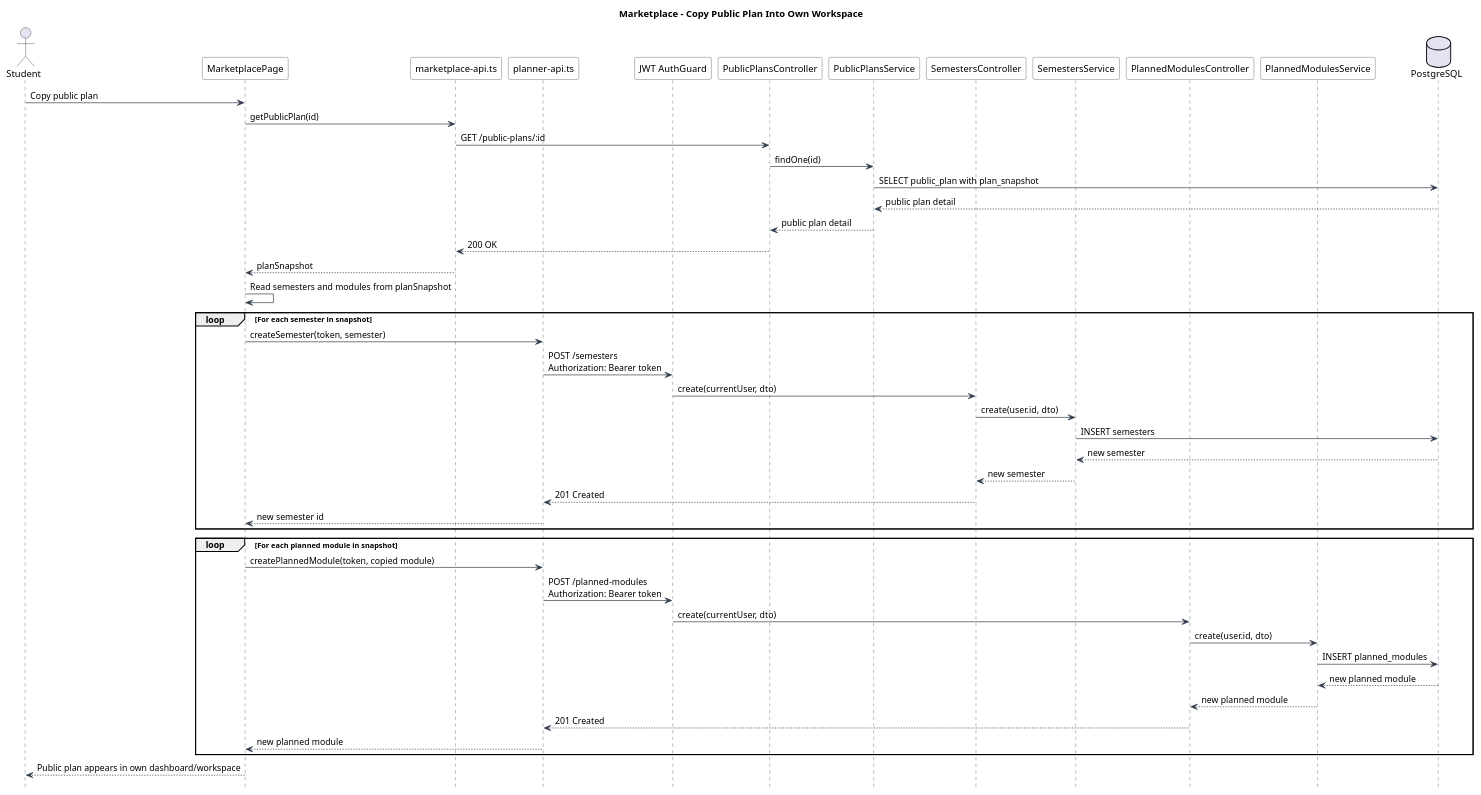
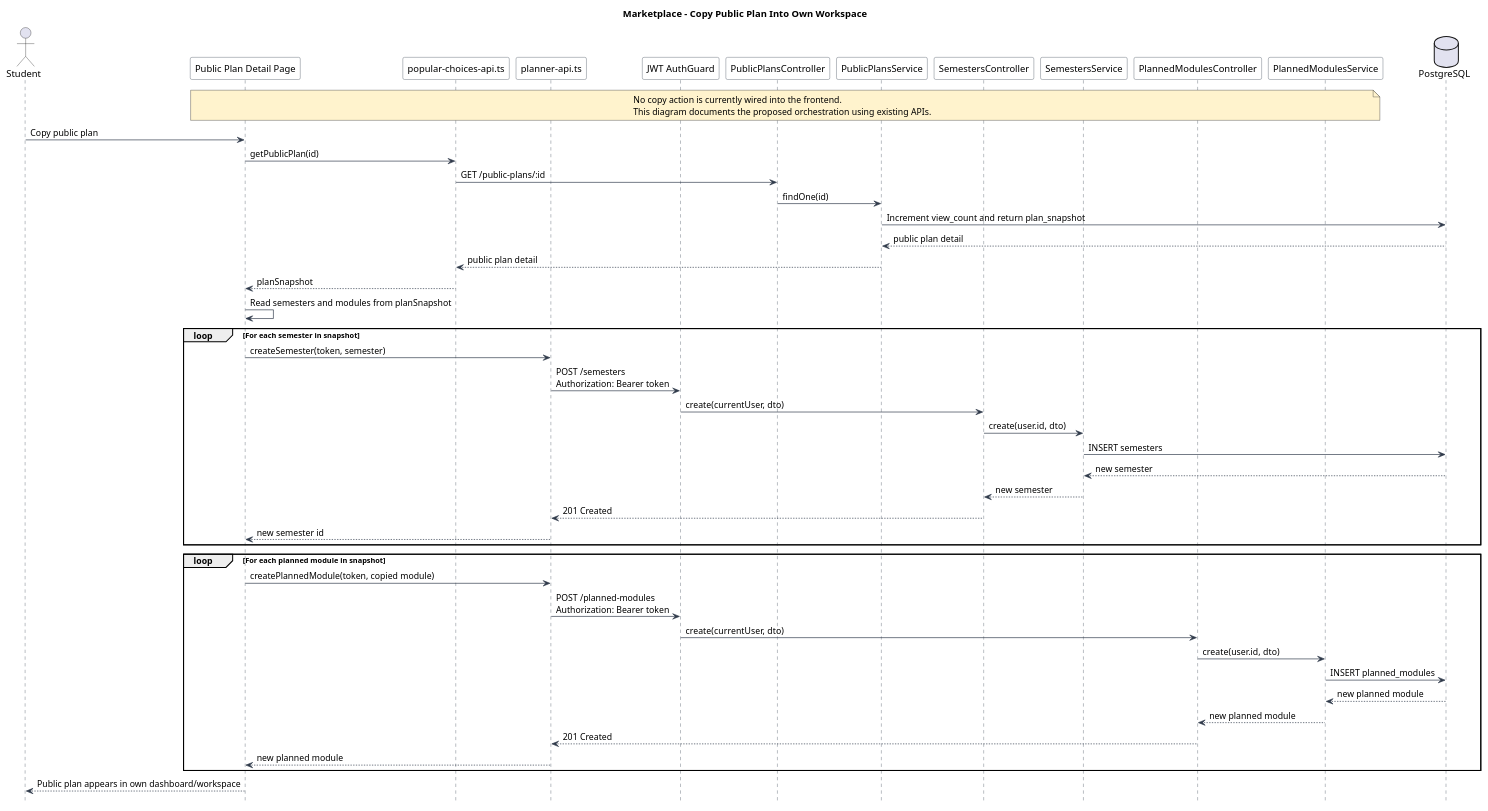
One commit to Shum-ster/nusmodumind changed the diagram in diagrams/sequences/19_marketplace_copy_public_plan_into_workspace.wsd. Above: the diagram before and after it, drawn with PlantUML. The commit also changed 11 other files, not shown here.

Commit message:
Updated sequence diagrams and erd

```diff
--- a/diagrams/sequences/19_marketplace_copy_public_plan_into_workspace.wsd
+++ b/diagrams/sequences/19_marketplace_copy_public_plan_into_workspace.wsd
@@ -1,65 +1,69 @@
 @startuml Marketplace_Copy_Public_Plan_Into_Workspace_Sequence
 
 title Marketplace - Copy Public Plan Into Own Workspace
 
 hide footbox
 skinparam shadowing false
 skinparam sequence {
     ArrowColor #2F3A4A
     LifeLineBorderColor #2F3A4A
     ParticipantBorderColor #2F3A4A
     ParticipantBackgroundColor #FFFFFF
 }
 
 actor Student
-participant "MarketplacePage" as MarketplacePage
-participant "marketplace-api.ts" as MarketplaceApi
+participant "Public Plan Detail Page" as PlanDetailPage
+participant "popular-choices-api.ts" as PopularChoicesApi
 participant "planner-api.ts" as PlannerApi
 participant "JWT AuthGuard" as JwtGuard
 participant "PublicPlansController" as PublicPlansController
 participant "PublicPlansService" as PublicPlansService
 participant "SemestersController" as SemestersController
 participant "SemestersService" as SemestersService
 participant "PlannedModulesController" as PlannedModulesController
 participant "PlannedModulesService" as PlannedModulesService
 database "PostgreSQL" as DB
 
-Student -> MarketplacePage : Copy public plan
-MarketplacePage -> MarketplaceApi : getPublicPlan(id)
-MarketplaceApi -> PublicPlansController : GET /public-plans/:id
+note over PlanDetailPage, PlannedModulesService #FFF3CD
+No copy action is currently wired into the frontend.
+This diagram documents the proposed orchestration using existing APIs.
+end note
+
+Student -> PlanDetailPage : Copy public plan
+PlanDetailPage -> PopularChoicesApi : getPublicPlan(id)
+PopularChoicesApi -> PublicPlansController : GET /public-plans/:id
 PublicPlansController -> PublicPlansService : findOne(id)
-PublicPlansService -> DB : SELECT public_plan with plan_snapshot
+PublicPlansService -> DB : Increment view_count and return plan_snapshot
 DB --> PublicPlansService : public plan detail
-PublicPlansService --> PublicPlansController : public plan detail
-PublicPlansController --> MarketplaceApi : 200 OK
-MarketplaceApi --> MarketplacePage : planSnapshot
+PublicPlansService --> PopularChoicesApi : public plan detail
+PopularChoicesApi --> PlanDetailPage : planSnapshot
 
-MarketplacePage -> MarketplacePage : Read semesters and modules from planSnapshot
+PlanDetailPage -> PlanDetailPage : Read semesters and modules from planSnapshot
 
 loop For each semester in snapshot
-    MarketplacePage -> PlannerApi : createSemester(token, semester)
+    PlanDetailPage -> PlannerApi : createSemester(token, semester)
     PlannerApi -> JwtGuard : POST /semesters\nAuthorization: Bearer token
     JwtGuard -> SemestersController : create(currentUser, dto)
     SemestersController -> SemestersService : create(user.id, dto)
     SemestersService -> DB : INSERT semesters
     DB --> SemestersService : new semester
     SemestersService --> SemestersController : new semester
     SemestersController --> PlannerApi : 201 Created
-    PlannerApi --> MarketplacePage : new semester id
+    PlannerApi --> PlanDetailPage : new semester id
 end
 
 loop For each planned module in snapshot
-    MarketplacePage -> PlannerApi : createPlannedModule(token, copied module)
+    PlanDetailPage -> PlannerApi : createPlannedModule(token, copied module)
     PlannerApi -> JwtGuard : POST /planned-modules\nAuthorization: Bearer token
     JwtGuard -> PlannedModulesController : create(currentUser, dto)
     PlannedModulesController -> PlannedModulesService : create(user.id, dto)
     PlannedModulesService -> DB : INSERT planned_modules
     DB --> PlannedModulesService : new planned module
     PlannedModulesService --> PlannedModulesController : new planned module
     PlannedModulesController --> PlannerApi : 201 Created
-    PlannerApi --> MarketplacePage : new planned module
+    PlannerApi --> PlanDetailPage : new planned module
 end
 
-MarketplacePage --> Student : Public plan appears in own dashboard/workspace
+PlanDetailPage --> Student : Public plan appears in own dashboard/workspace
 
 @enduml
```
